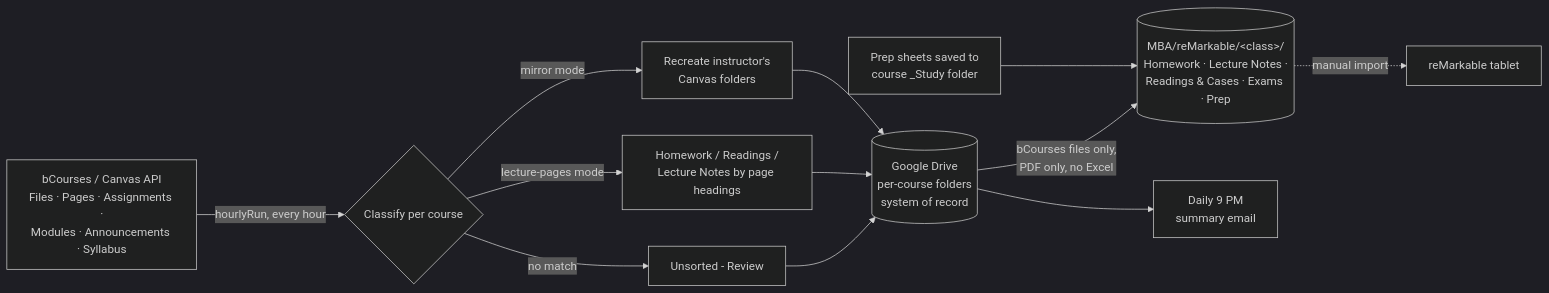
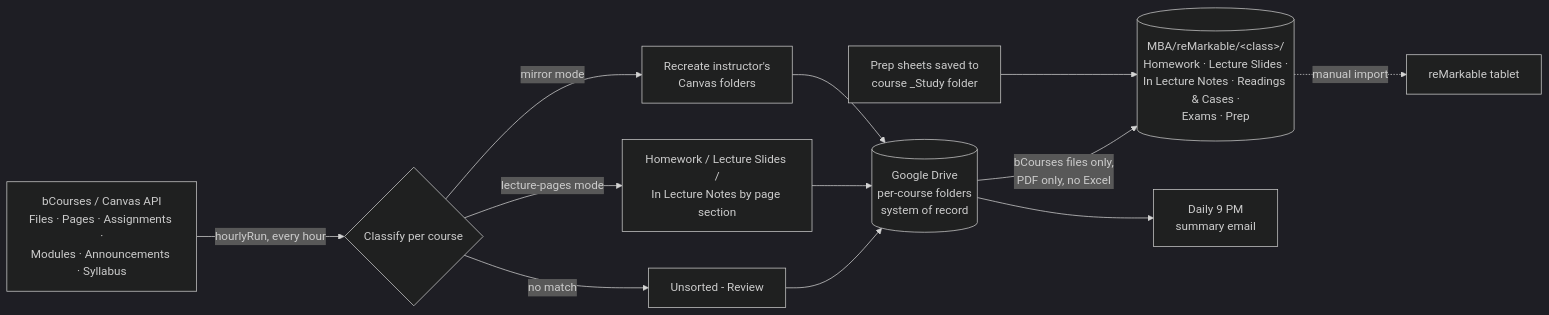
One commit to patrickbassett1381/bcourses-to-drive-sync changed the diagram in README.md. Above: the diagram before and after it, drawn with Mermaid (dark theme). The commit also changed other lines of this file and 1 other file, not shown here.

First line of the commit message:
v5.2: find lecture pages via Modules; Lecture Slides / In Lecture Notes layout

````diff
--- a/README.md
+++ b/README.md
@@ -7,14 +7,14 @@
 ```mermaid
 flowchart LR
     A[bCourses / Canvas API<br/>Files · Pages · Assignments ·<br/>Modules · Announcements · Syllabus] -->|hourlyRun, every hour| B{Classify per course}
     B -->|mirror mode| C[Recreate instructor's<br/>Canvas folders]
-    B -->|lecture-pages mode| D[Homework / Readings /<br/>Lecture Notes by page headings]
+    B -->|lecture-pages mode| D[Homework / Lecture Slides /<br/>In Lecture Notes by page section]
     B -->|no match| E[Unsorted - Review]
     C --> F[(Google Drive<br/>per-course folders<br/>system of record)]
     D --> F
     E --> F
     P[Prep sheets saved to<br/>course _Study folder] --> G
-    F -->|bCourses files only,<br/>PDF only, no Excel| G[(MBA/reMarkable/&lt;class&gt;/<br/>Homework · Lecture Notes ·<br/>Readings & Cases · Exams · Prep)]
+    F -->|bCourses files only,<br/>PDF only, no Excel| G[(MBA/reMarkable/&lt;class&gt;/<br/>Homework · Lecture Slides ·<br/>In Lecture Notes · Readings & Cases ·<br/>Exams · Prep)]
     G -.->|manual import| H[reMarkable tablet]
     F --> M[Daily 9 PM<br/>summary email]
 ```
````
